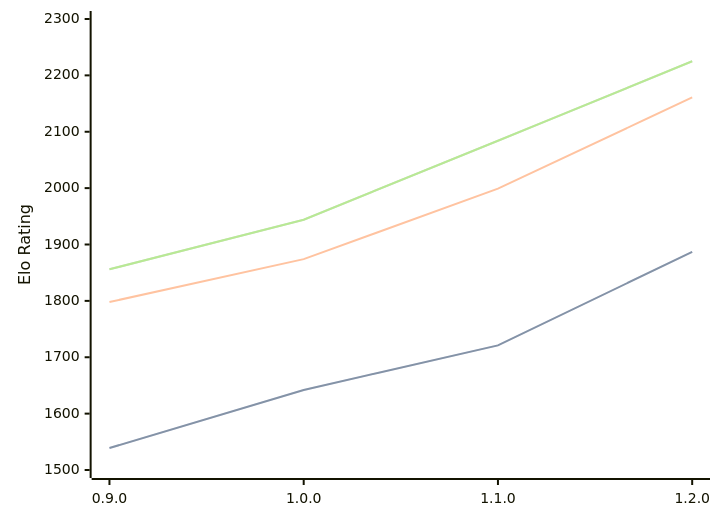
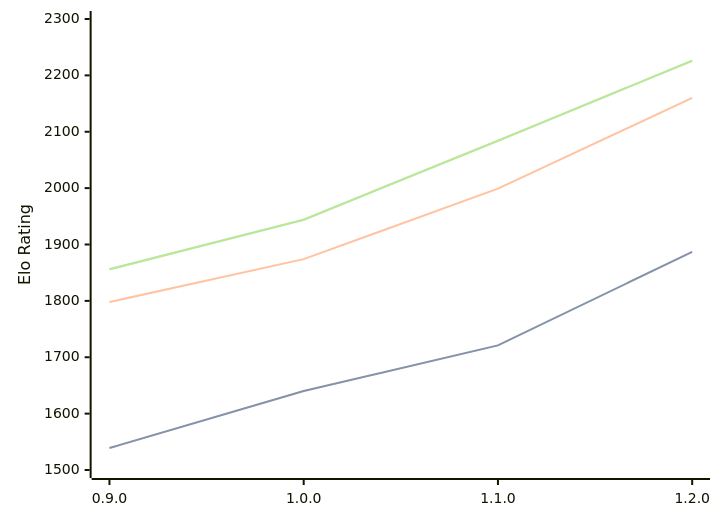
The third of 3 diagrams in engines/Ratsu.md (computer-chess-index/cci), drawn with Mermaid before and after one commit. The commit also changed other lines of this file, not shown here.

Commit message:
Update CCI Ratings (ELO VLTC) - 2026-06-20

````diff
--- a/engines/Ratsu.md
+++ b/engines/Ratsu.md
@@ -68,11 +68,11 @@
 ```mermaid
 %%{init: {"theme":"base","themeVariables":{"seriesColors:['#a3a3a3','#222221','#faa371']}}}%%
 xychart-beta
   x-axis ["0.9.0", "1.0.0", "1.1.0", "1.2.0"]
   y-axis "Elo Rating" 1500 --> 2300
-  line "STC (8.0+0.08s)" [1539, 1642, 1721, 1887]
-  line "STC (8.0+0.08s)" [1539, 1642, 1721, 1887]
-  line "LTC (60.0+0.60s)" [1798, 1874, 1999, 2161]
-  line "VLTC (2m24s+1.12s)" [1856, 1944, 2084, 2225]
-  line "VLTC (2m24s+1.12s)" [1856, 1944, 2084, 2225]
+  line "STC (8.0+0.08s)" [1539, 1640, 1721, 1887]
+  line "STC (8.0+0.08s)" [1539, 1640, 1721, 1887]
+  line "LTC (60.0+0.60s)" [1798, 1874, 1999, 2160]
+  line "VLTC (2m24s+1.12s)" [1856, 1944, 2084, 2226]
+  line "VLTC (2m24s+1.12s)" [1856, 1944, 2084, 2226]
 ```
````
